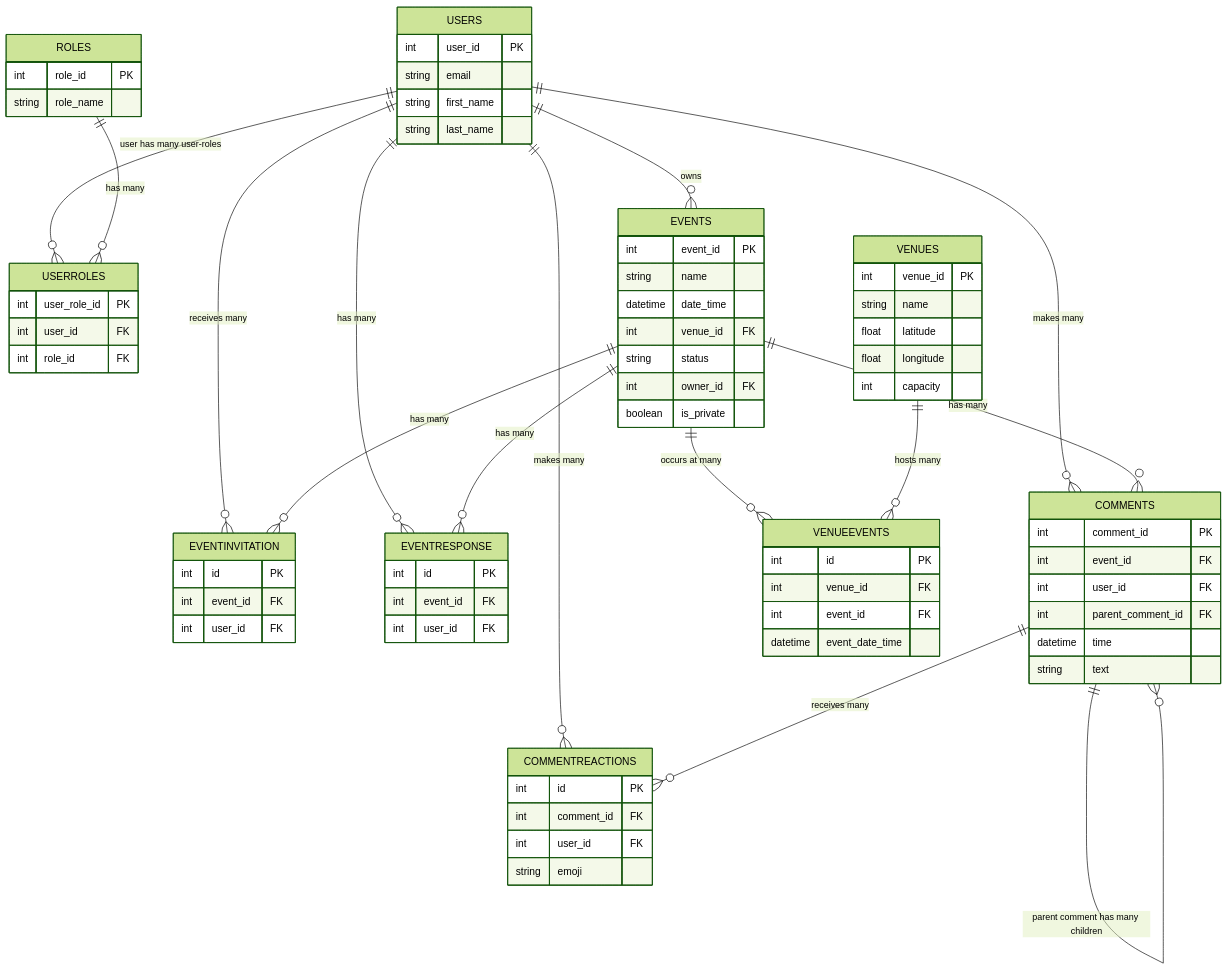
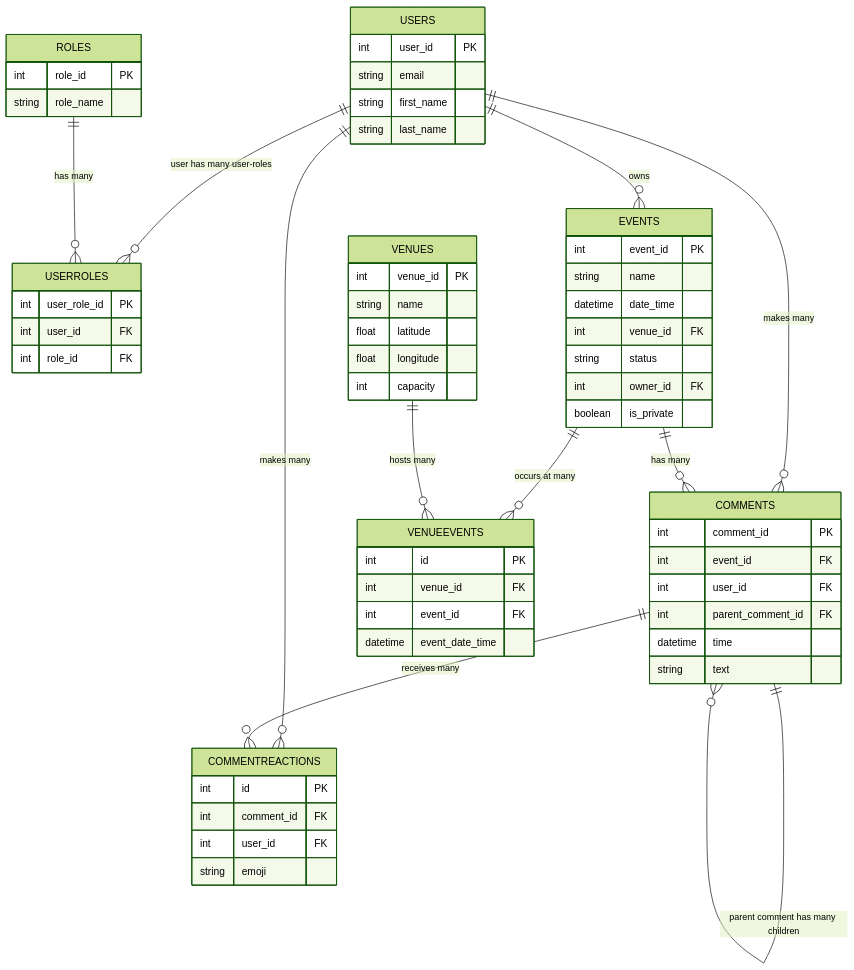
Before and after one commit to rossmawd/silver-spoon: the diagram in relational-db-mark-one.mermaid, drawn with Mermaid (forest theme).

Commit message:
removed EventInvitation and EventResponse tables

```diff
--- a/relational-db-mark-one.mermaid
+++ b/relational-db-mark-one.mermaid
@@ -1,87 +1,71 @@
 erDiagram
 
     USERS {
         int user_id PK
         string email
         string first_name
         string last_name
     }
     
     ROLES {
         int role_id PK
         string role_name
     }
     
     USERROLES {
         int user_role_id PK
         int user_id FK
         int role_id FK
     }
     
       EVENTS {
         int event_id PK
         string name
         datetime date_time
         int venue_id FK
         string status
         int owner_id FK
         boolean is_private
     }
     
     VENUES {
         int venue_id PK
         string name
         float latitude
         float longitude
         int capacity
     }
     
-    EVENTINVITATION {
-        int id PK
-        int event_id FK
-        int user_id FK
-    }
-    
-    EVENTRESPONSE {
-        int id PK
-        int event_id FK
-        int user_id FK
-    }
-    
     COMMENTS {
         int comment_id PK
         int event_id FK
         int user_id FK
         int parent_comment_id FK
         datetime time
         string text
     }
     
     COMMENTREACTIONS {
         int id PK
         int comment_id FK
         int user_id FK
         string emoji
     }
     
     VENUEEVENTS {
         int id PK
         int venue_id FK
         int event_id FK
         datetime event_date_time
     }
 
     USERS ||--o{ USERROLES: "user has many user-roles"
     ROLES ||--o{ USERROLES: "has many"
     USERS ||--o{ EVENTS: "owns"
-    USERS ||--o{ EVENTINVITATION: "receives many"
-    USERS ||--o{ EVENTRESPONSE: "has many"
     USERS ||--o{ COMMENTS: "makes many"
     USERS ||--o{ COMMENTREACTIONS: "makes many"
-    EVENTS ||--o{ EVENTINVITATION: "has many"
-    EVENTS ||--o{ EVENTRESPONSE: "has many"
     EVENTS ||--o{ COMMENTS: "has many"
     EVENTS ||--o{ VENUEEVENTS: "occurs at many"
     COMMENTS ||--o{ COMMENTREACTIONS: "receives many"
     COMMENTS ||--o{ COMMENTS: "parent comment has many children"
     VENUES ||--o{ VENUEEVENTS: "hosts many"
```
